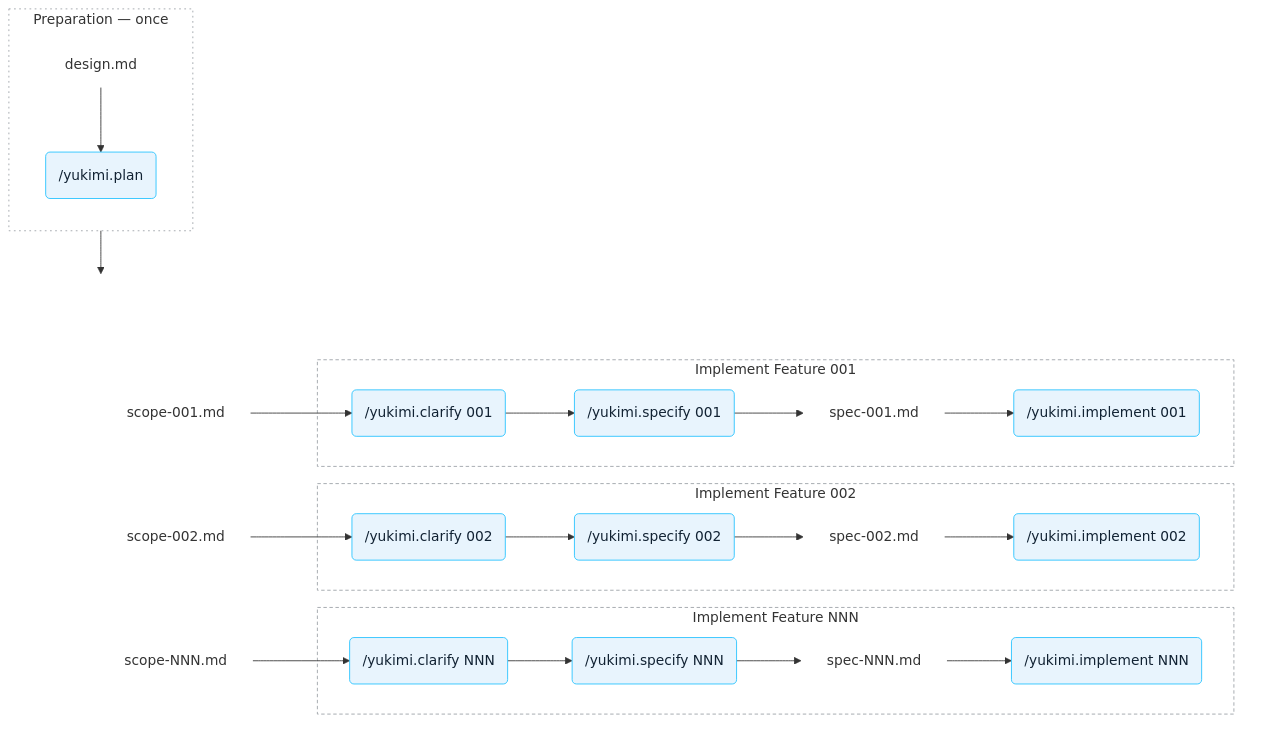
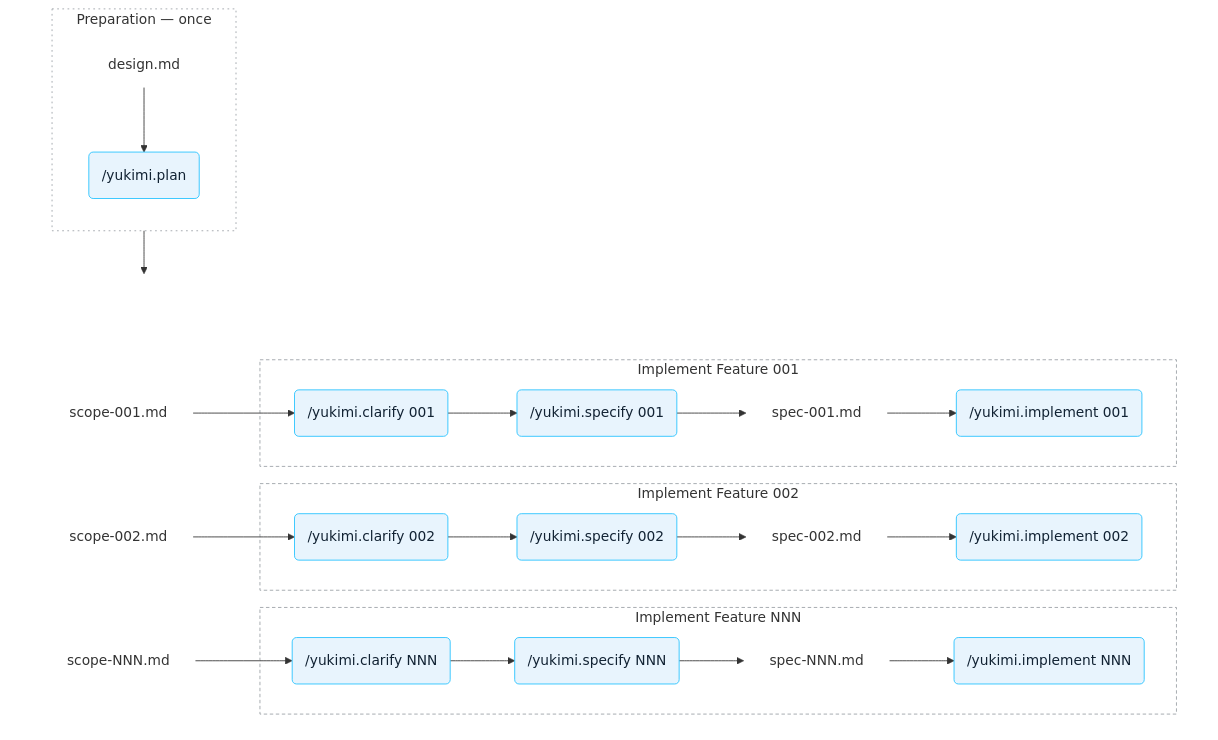
Before and after one commit to allianz/yukimi: the diagram in CONTRIBUTING.md, drawn with Mermaid.

Commit message:
improved picture

````diff
--- a/CONTRIBUTING.md
+++ b/CONTRIBUTING.md
@@ -14,62 +14,62 @@
 ```mermaid
 flowchart TB
     %% Two stacked halves. Edges run box-to-box, never from an inner node to the outside: an edge
     %% out of an inner node makes mermaid drop that box's own `direction`, and the directions are
     %% what shape this diagram (design.md above /yukimi.plan, and the feature rows left to right).
     subgraph prep["Preparation — once"]
         direction TB
         design["design.md"] --> plan("/yukimi.plan")
     end
 
     %% Left alignment: mermaid centres every rank, so the Preparation box needs something to its
     %% right to be pushed left. `spacer` is a transparent node — only its width does any work —
     %% and the invisible `~~~` link is what pins it to the same rank as the box instead of letting
     %% it float off on its own. Add or remove dots to nudge Preparation further left or right.
-    spacer["........................................................................................................................................................................................."]
+    spacer["..........................................................................................................................................."]
 
     %% `anchor` is a second invisible node, one rank below Preparation and nothing else — that is
     %% what makes the arrow drop straight down from the box's centre. It must NOT link to `impl`:
     %% with that link, mermaid balances the anchor between Preparation and the wide box's centre
     %% and the arrow leans right again. `mid` carries the invisible route down to `impl` instead,
     %% which also gives the anchor a rank of its own so the arrow stays short.
     prep --> anchor[" "]
     spacer ~~~ mid[" "]
     mid ~~~ impl
 
     %% Invisible grouping box. The rendered row order is a right-rotation of the declaration order:
     %% declaring 001, 002, NNN comes out as NNN, 001, 002. Declaring 002, NNN, 001 is therefore what
     %% renders 001 on top and NNN at the bottom. Verified by rendering, so change it with care.
     subgraph impl[" "]
         direction LR
 
         subgraph spec2["Implement Feature 002"]
             c2("/yukimi.clarify 002") --> s2("/yukimi.specify 002") --> sf2["spec-002.md"] --> i2("/yukimi.implement 002")
         end
 
         subgraph specn["Implement Feature NNN"]
             cn("/yukimi.clarify NNN") --> sn("/yukimi.specify NNN") --> sfn["spec-NNN.md"] --> imn("/yukimi.implement NNN")
         end
 
         subgraph spec1["Implement Feature 001"]
             c1("/yukimi.clarify 001") --> s1("/yukimi.specify 001") --> sf1["spec-001.md"] --> i1("/yukimi.implement 001")
         end
 
         sc1["scope-001.md"] --> c1
         sc2["scope-002.md"] --> c2
         scn["scope-NNN.md"] --> cn
     end
 
     classDef file fill:transparent,stroke:transparent,stroke-width:0
     classDef skill fill:#e8f4fd,stroke:#22c2ff,color:#123
     class design,scn,sc2,sc1,sfn,sf2,sf1 file
     class plan,cn,sn,imn,c2,s2,i2,c1,s1,i1 skill
 
     style prep fill:transparent,stroke:#9aa0a6,stroke-dasharray:2 4
     style spacer fill:transparent,stroke:transparent,color:transparent
     style anchor fill:transparent,stroke:transparent,color:transparent
     style mid fill:transparent,stroke:transparent,color:transparent
     style impl fill:transparent,stroke:transparent
     style spec1 fill:transparent,stroke:#9aa0a6,stroke-dasharray:4 3
     style spec2 fill:transparent,stroke:#9aa0a6,stroke-dasharray:4 3
     style specn fill:transparent,stroke:#9aa0a6,stroke-dasharray:4 3
 ```
````
